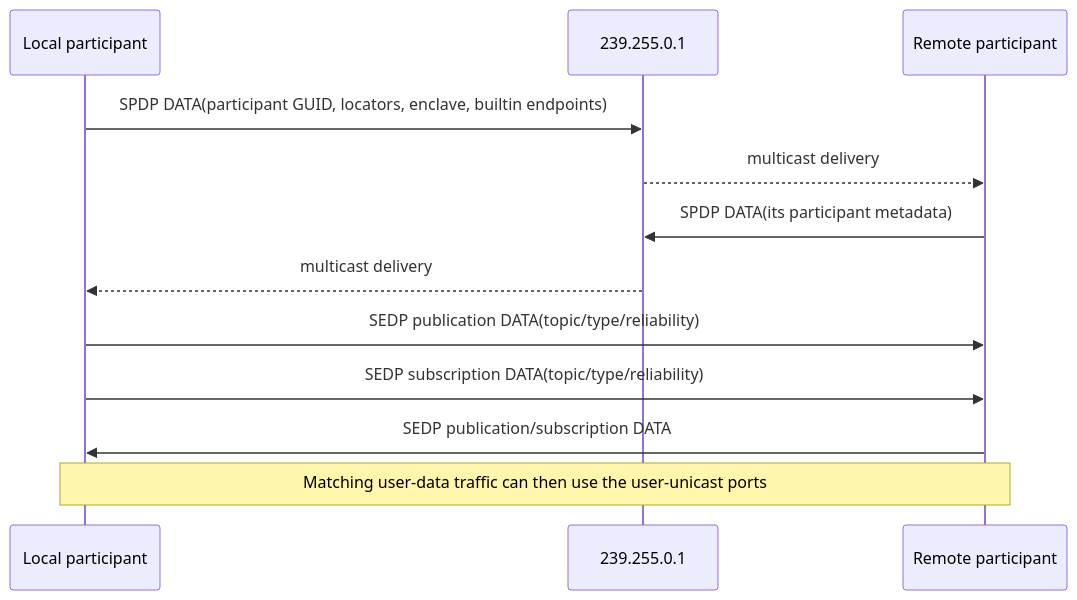
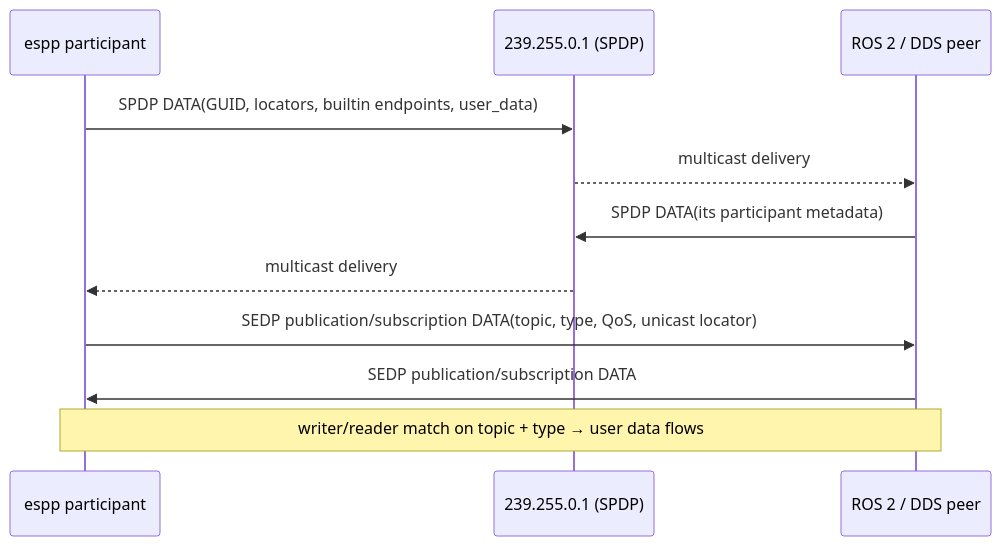
The second of 5 diagrams in doc/en/protocols/rtps.rst (esp-cpp/espp), drawn with Mermaid before and after one commit. The commit also changed other lines of this file and 120 other files, not shown here.

```diff
--- a/doc/en/protocols/rtps.rst
+++ b/doc/en/protocols/rtps.rst
@@ -103,14 +84,13 @@
 .. mermaid::
 
    sequenceDiagram
-     participant A as Local participant
-     participant MC as 239.255.0.1
-     participant B as Remote participant
-     A->>MC: SPDP DATA(participant GUID, locators, enclave, builtin endpoints)
+     participant A as espp participant
+     participant MC as 239.255.0.1 (SPDP)
+     participant B as ROS 2 / DDS peer
+     A->>MC: SPDP DATA(GUID, locators, builtin endpoints, user_data)
      MC-->>B: multicast delivery
      B->>MC: SPDP DATA(its participant metadata)
      MC-->>A: multicast delivery
-     A->>B: SEDP publication DATA(topic/type/reliability)
-     A->>B: SEDP subscription DATA(topic/type/reliability)
+     A->>B: SEDP publication/subscription DATA(topic, type, QoS, unicast locator)
      B->>A: SEDP publication/subscription DATA
-     Note over A,B: Matching user-data traffic can then use the user-unicast ports
+     Note over A,B: writer/reader match on topic + type → user data flows
```
